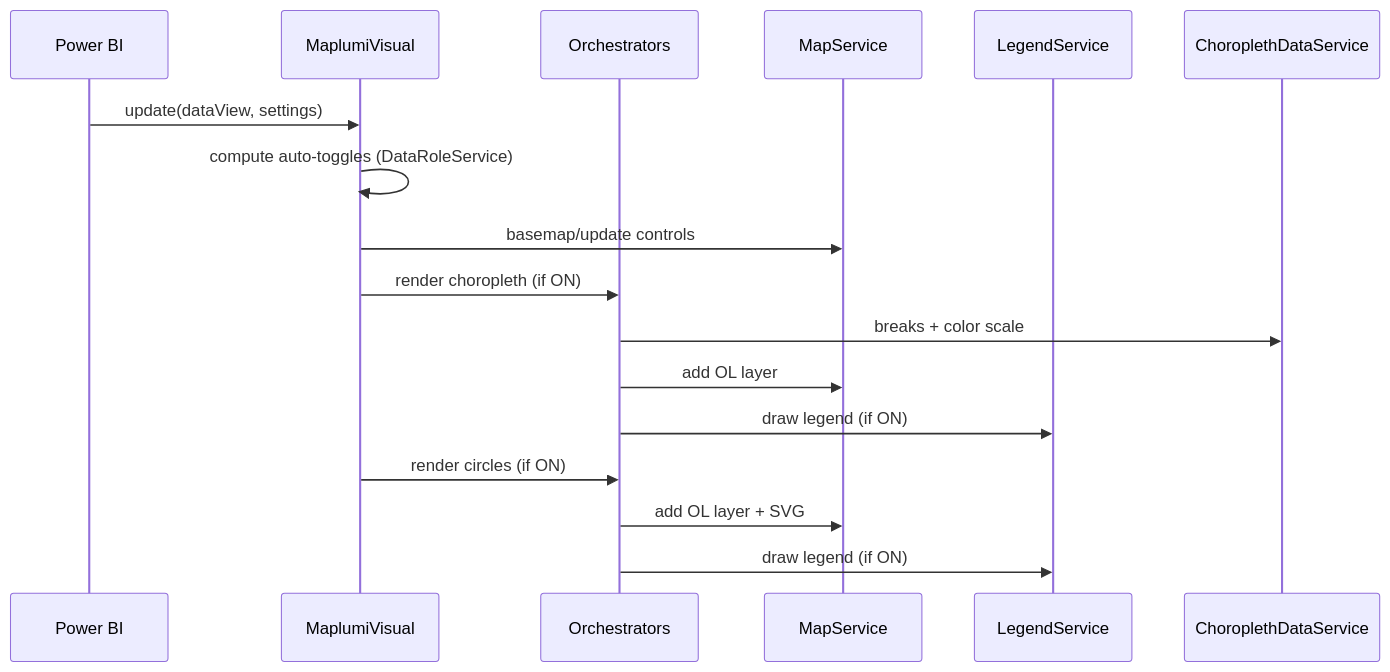
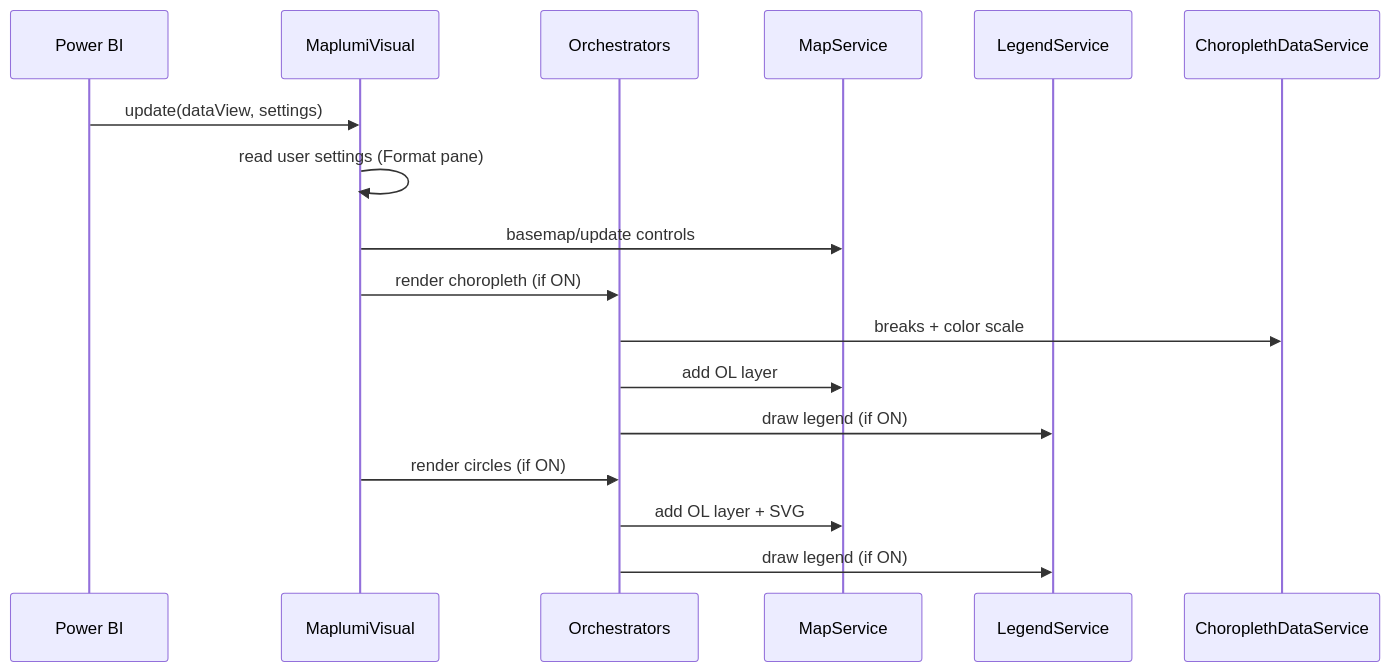
One commit to maplumi/maplumi-pbi changed the third of 4 diagrams in spec/main.md. Above: the diagram before and after it, drawn with Mermaid. The commit also changed other lines of this file and 3 other files, not shown here.

````diff
--- a/spec/main.md
+++ b/spec/main.md
@@ -57,20 +50,20 @@
 ```mermaid
 sequenceDiagram
   participant PBI as Power BI
   participant V as MaplumiVisual
   participant MO as Orchestrators
   participant MS as MapService
   participant LS as LegendService
   participant DS as ChoroplethDataService
 
   PBI->>V: update(dataView, settings)
-  V->>V: compute auto-toggles (DataRoleService)
+  V->>V: read user settings (Format pane)
   V->>MS: basemap/update controls
   V->>MO: render choropleth (if ON)
   MO->>DS: breaks + color scale
   MO->>MS: add OL layer
   MO->>LS: draw legend (if ON)
   V->>MO: render circles (if ON)
   MO->>MS: add OL layer + SVG
   MO->>LS: draw legend (if ON)
 ```
````
